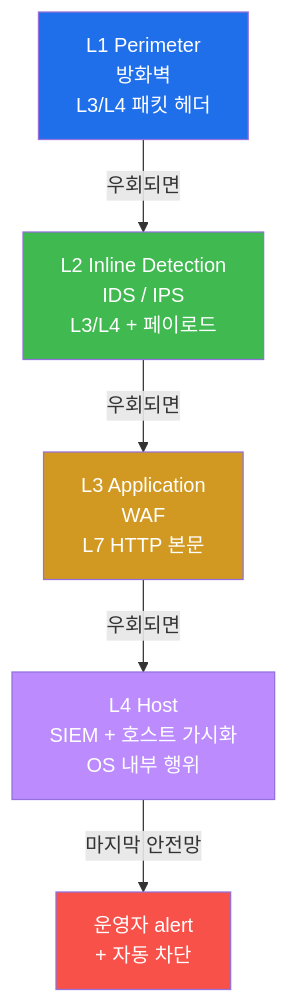
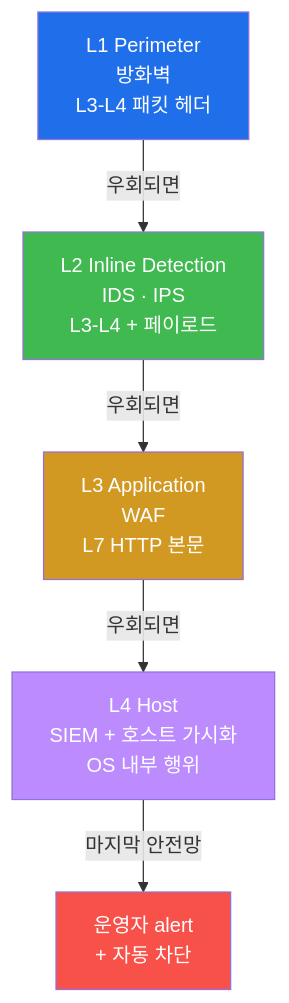
Before and after one commit to mrgrit/ccc: the second of 10 diagrams in contents/standalone/lecture/secuops/week01.md, drawn with Mermaid. The commit also changed other lines of this file and 3 other files, not shown here.

First line of the commit message:
fix(ui): mermaid 렌더링 보강 (securityLevel loose + setTimeout) + W01 mermaid syntax + W02 재작성

````diff
--- a/contents/standalone/lecture/secuops/week01.md
+++ b/contents/standalone/lecture/secuops/week01.md
@@ -116,16 +116,16 @@
 ```mermaid
 graph TB
-    L1[L1 Perimeter<br/>방화벽<br/>L3/L4 패킷 헤더]
-    L2[L2 Inline Detection<br/>IDS / IPS<br/>L3/L4 + 페이로드]
-    L3[L3 Application<br/>WAF<br/>L7 HTTP 본문]
-    L4[L4 Host<br/>SIEM + 호스트 가시화<br/>OS 내부 행위]
+    L1["L1 Perimeter<br/>방화벽<br/>L3-L4 패킷 헤더"]
+    L2["L2 Inline Detection<br/>IDS · IPS<br/>L3-L4 + 페이로드"]
+    L3["L3 Application<br/>WAF<br/>L7 HTTP 본문"]
+    L4["L4 Host<br/>SIEM + 호스트 가시화<br/>OS 내부 행위"]
     L1 -->|우회되면| L2
     L2 -->|우회되면| L3
     L3 -->|우회되면| L4
-    L4 -->|마지막 안전망| ALERT[운영자 alert<br/>+ 자동 차단]
+    L4 -->|마지막 안전망| ALERT["운영자 alert<br/>+ 자동 차단"]
     style L1 fill:#1f6feb,color:#fff
     style L2 fill:#3fb950,color:#fff
     style L3 fill:#d29922,color:#fff
     style L4 fill:#bc8cff,color:#fff
     style ALERT fill:#f85149,color:#fff
 ```
````
